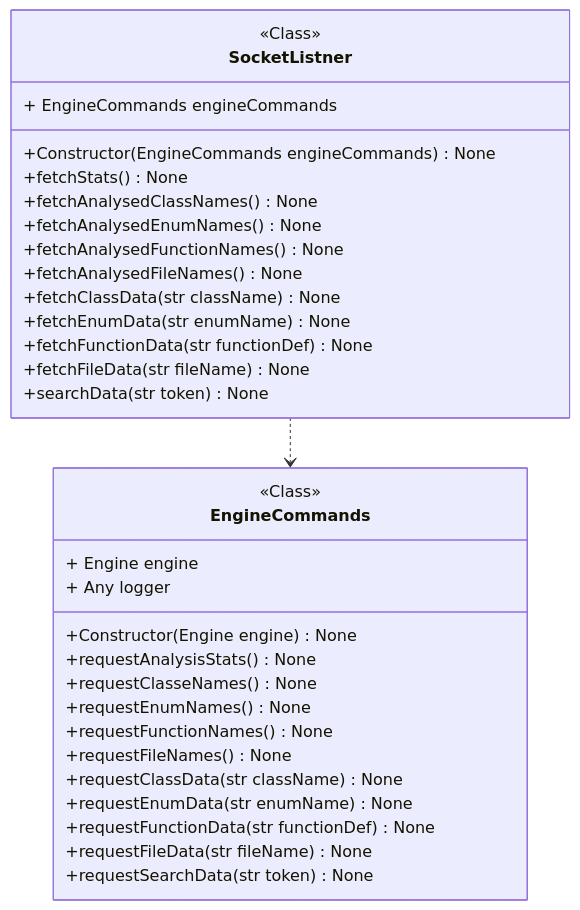
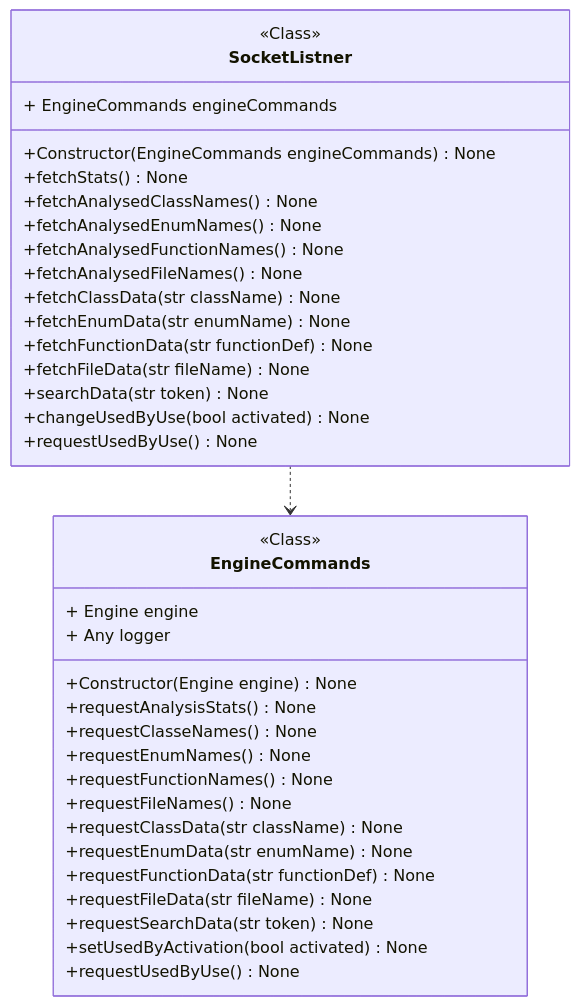
The diagram in docs/source/code/diagrams/pycodeanalyzer_ui_socketlistener_SocketListner.mmd (miong/pycodeanalyzer), drawn with Mermaid before and after one commit. The commit also changed 15 other files, not shown here.

```diff
--- a/docs/source/code/diagrams/pycodeanalyzer_ui_socketlistener_SocketListner.mmd
+++ b/docs/source/code/diagrams/pycodeanalyzer_ui_socketlistener_SocketListner.mmd
@@ -1,34 +1,38 @@
 classDiagram
 class SocketListner {
 <<Class>>
 + EngineCommands engineCommands
 +Constructor(EngineCommands engineCommands) None
 +fetchStats() None
 +fetchAnalysedClassNames() None
 +fetchAnalysedEnumNames() None
 +fetchAnalysedFunctionNames() None
 +fetchAnalysedFileNames() None
 +fetchClassData(str className) None
 +fetchEnumData(str enumName) None
 +fetchFunctionData(str functionDef) None
 +fetchFileData(str fileName) None
 +searchData(str token) None
++changeUsedByUse(bool activated) None
++requestUsedByUse() None
 }
 class EngineCommands {
 <<Class>>
 + Engine engine
 + Any logger
 +Constructor(Engine engine) None
 +requestAnalysisStats() None
 +requestClasseNames() None
 +requestEnumNames() None
 +requestFunctionNames() None
 +requestFileNames() None
 +requestClassData(str className) None
 +requestEnumData(str enumName) None
 +requestFunctionData(str functionDef) None
 +requestFileData(str fileName) None
 +requestSearchData(str token) None
++setUsedByActivation(bool activated) None
++requestUsedByUse() None
 }
 link EngineCommands "class££pycodeanalyzer::ui::engineinterface::EngineCommands"
 SocketListner ..> EngineCommands
```
